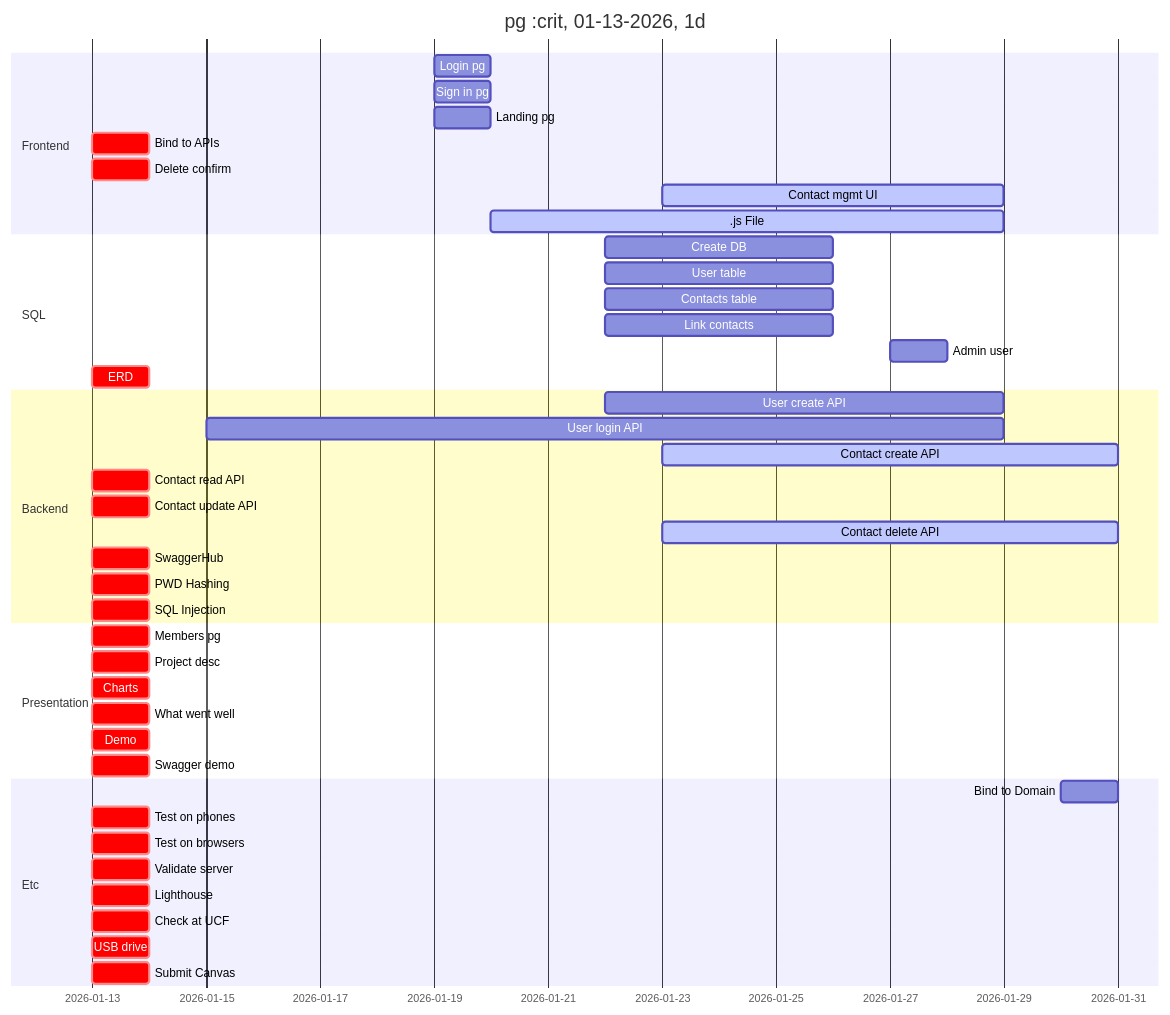
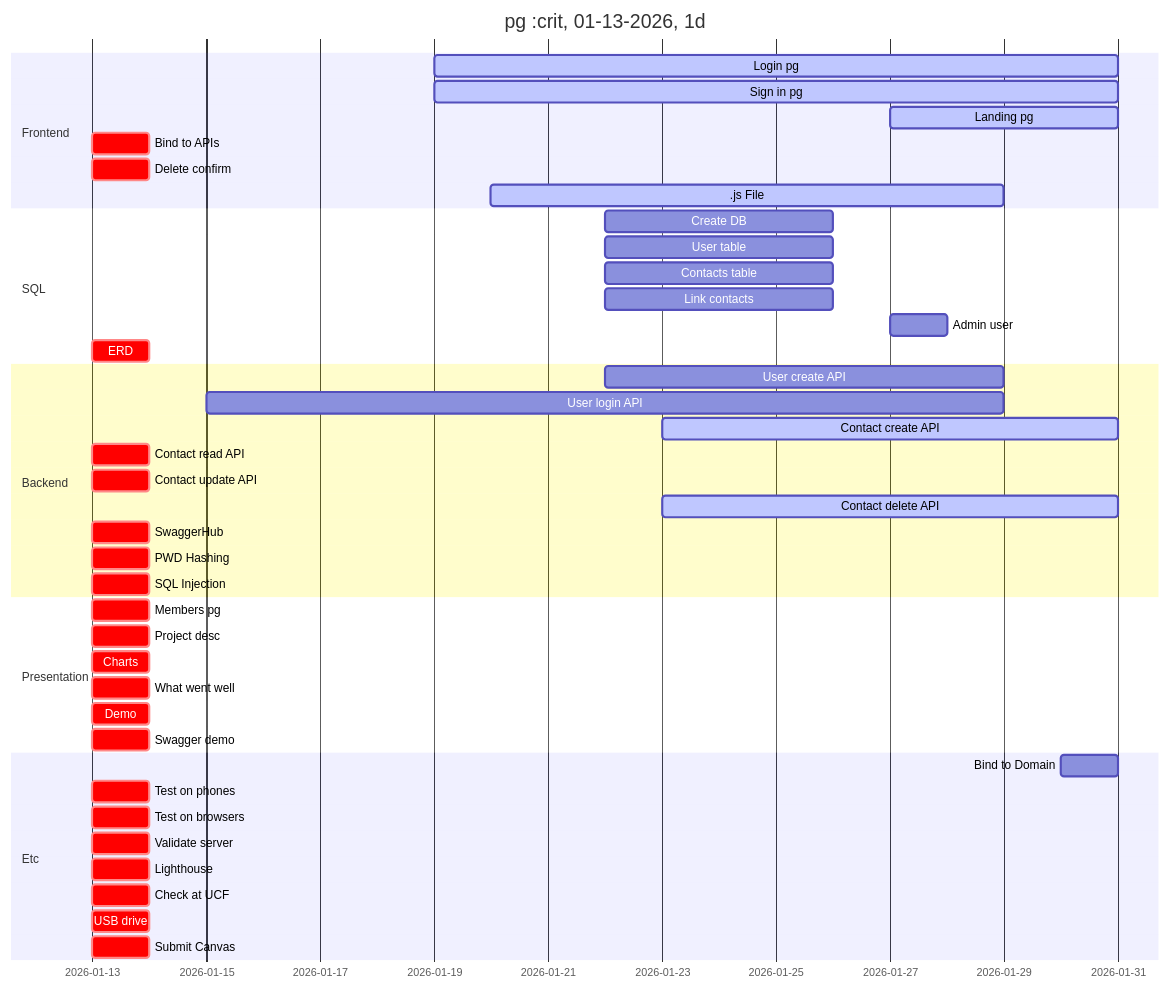
Before and after one commit to MLA-Format/cop4331c02-spring26-smallProject: the diagram in README.md, drawn with Mermaid. The commit also changed other lines of this file, not shown here.

Commit message:
Revise frontend tasks and Gantt chart dates
Updated the todo list and Gantt chart for frontend tasks.

````diff
--- a/README.md
+++ b/README.md
@@ -46,48 +45,47 @@
 ```mermaid
 gantt
   title Small Project Gantt Chart
   dateFormat MM-DD-YYYY
   section Frontend
-  Login pg           :01-19-2026, 1d
-  Sign in pg         :01-19-2026, 1d
-  Landing pg         :01-19-2026, 1d
+  Login pg           :active, 01-19-2026, 12d
+  Sign in pg         :active, 01-19-2026, 12d
+  Landing pg         :active, 01-27-2026, 4d
   Bind to APIs :crit, 01-13-2026, 1d
   Delete confirm  :crit, 01-13-2026, 1d
-  Contact mgmt UI :active, 01-23-2026, 6d
   .js File             :active, 01-20-2026, 9d
   section SQL
   Create DB      :01-22-2026, 4d
   User table    :01-22-2026, 4d
   Contacts table :01-22-2026, 4d
   Link contacts :01-22-2026, 4d
   Admin user    :01-27-2026, 1d
   ERD                  :crit, 01-13-2026, 1d
   section Backend
   User create API    :01-22-2026, 7d
   User login API       :01-15-2026, 14d
   Contact create API :active, 01-23-2026, 8d
   Contact read API     :crit, 01-13-2026, 1d
   Contact update API   :crit, 01-13-2026, 1d
   Contact delete API   :active, 01-23-2026, 8d
   SwaggerHub   :crit, 01-13-2026, 1d
   PWD Hashing :crit, 01-13-2026, 1d
   SQL Injection :crit, 01-13-2026, 1d
   section Presentation
   Title pg           :crit, 01-13-2026, 1d
   Members pg         :crit, 01-13-2026, 1d
   Project desc  :crit, 01-13-2026, 1d
   Charts      :crit, 01-13-2026, 1d
   What went well :crit, 01-13-2026, 1d
   Demo         :crit, 01-13-2026, 1d
   Swagger demo      :crit, 01-13-2026, 1d
   section Etc
   Bind to Domain :, 01-30-2026, 1d
   Test on phones       :crit, 01-13-2026, 1d
   Test on browsers   :crit, 01-13-2026, 1d
   Validate server   :crit, 01-13-2026, 1d
   Lighthouse    :crit, 01-13-2026, 1d
   Check at UCF  :crit, 01-13-2026, 1d
   USB drive     :crit, 01-13-2026, 1d
   Submit Canvas     :crit, 01-13-2026, 1d
 
 ```
````
